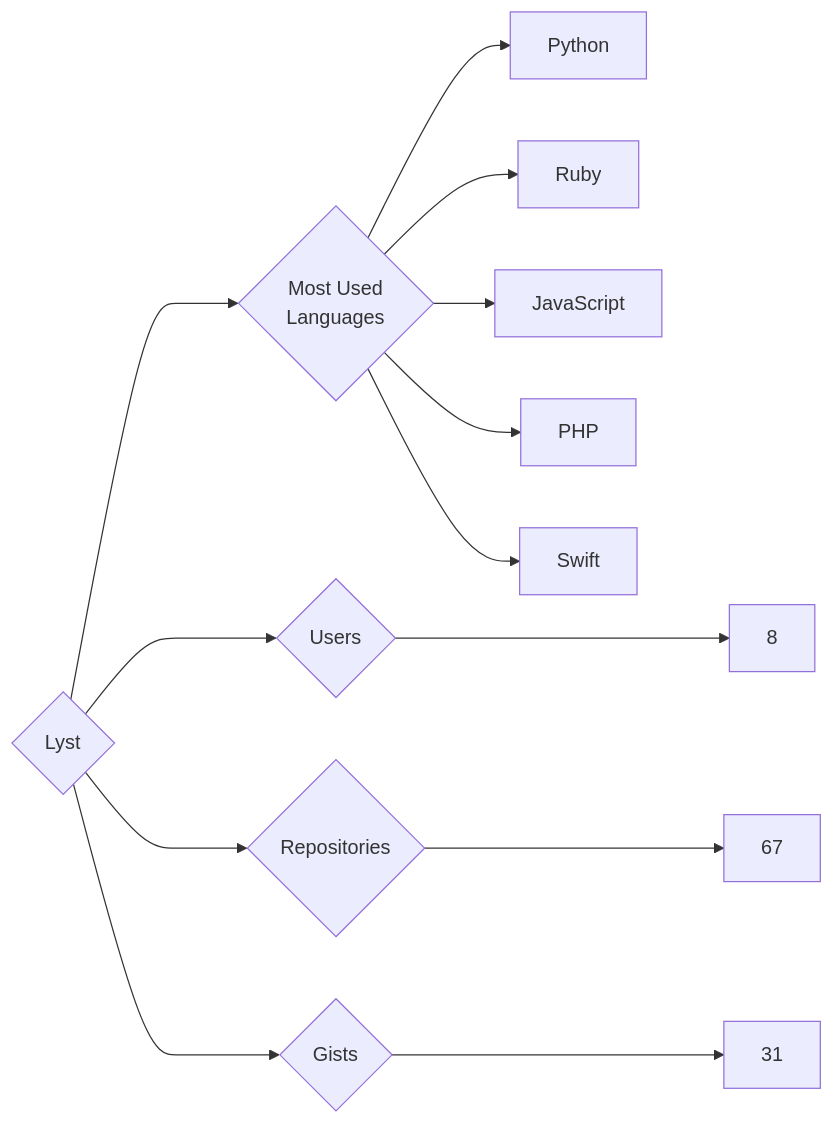
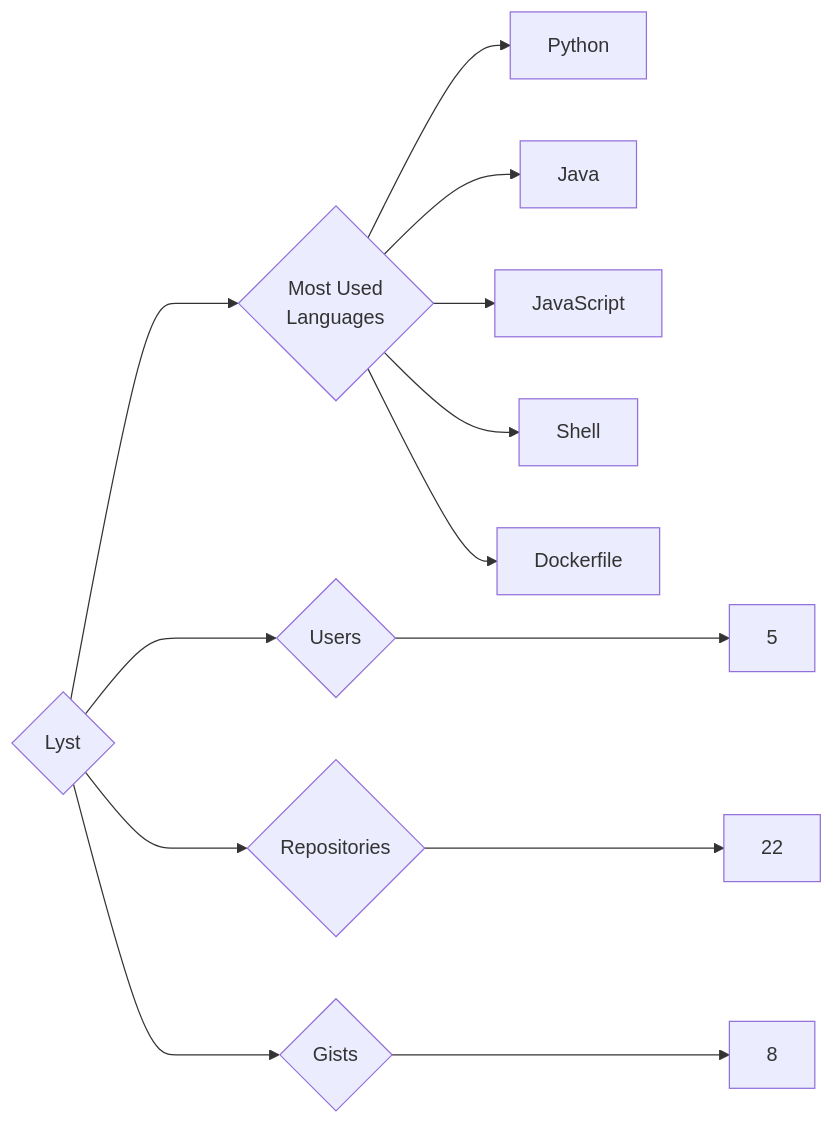
One commit to trickest/insiders changed the diagram in targets/Lyst/README.md. Above: the diagram before and after it, drawn with Mermaid. The commit also changed 823 other files, not shown here.

````diff
--- a/targets/Lyst/README.md
+++ b/targets/Lyst/README.md
@@ -3,13 +3,13 @@
 ```mermaid
 graph LR
 COMPANY_NAME{Lyst}
-COMPANY_NAME ---> U{Users} ---> UN[8]
-COMPANY_NAME ---> R{Repositories} ---> RN[67]
-COMPANY_NAME ---> G{Gists} ---> GN[31]
+COMPANY_NAME ---> U{Users} ---> UN[5]
+COMPANY_NAME ---> R{Repositories} ---> RN[22]
+COMPANY_NAME ---> G{Gists} ---> GN[8]
 COMPANY_NAME ---> ML{Most Used<br>Languages}
 ML --> Python[Python]
-ML --> Ruby[Ruby]
+ML --> Java[Java]
 ML --> JavaScript[JavaScript]
-ML --> PHP[PHP]
-ML --> Swift[Swift]
+ML --> Shell[Shell]
+ML --> Dockerfile[Dockerfile]
 ```
````
